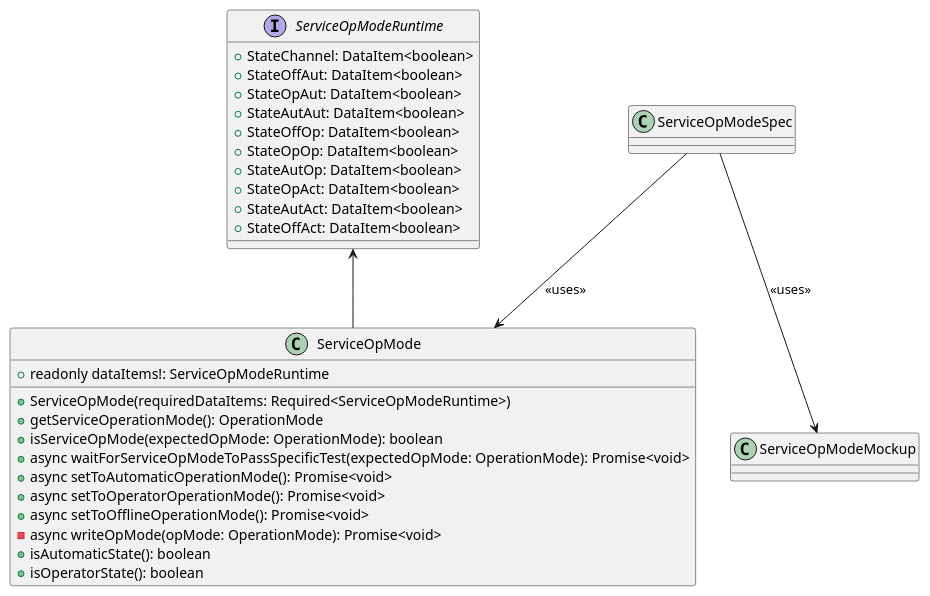
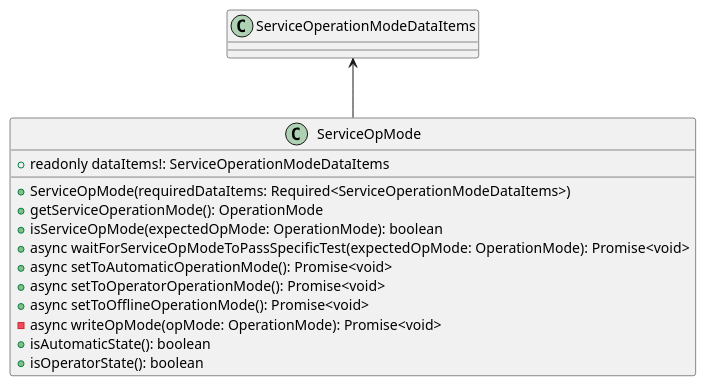
The diagram in src/modularPlantManager/pea/dataAssembly/baseFunction/serviceOpMode/ServiceOpMode.puml (p2o-lab/polaris-backend), drawn with PlantUML before and after one commit. The commit also changed 12 other files, not shown here.

```diff
--- a/src/modularPlantManager/pea/dataAssembly/baseFunction/serviceOpMode/ServiceOpMode.puml
+++ b/src/modularPlantManager/pea/dataAssembly/baseFunction/serviceOpMode/ServiceOpMode.puml
@@ -26,36 +26,21 @@
 @startuml
 'https://plantuml.com/class-diagram
 
-interface ServiceOpModeRuntime{
-	+ StateChannel: DataItem<boolean>
-	+ StateOffAut: DataItem<boolean>
-	+ StateOpAut: DataItem<boolean>
-	+ StateAutAut: DataItem<boolean>
-	+ StateOffOp: DataItem<boolean>
-	+ StateOpOp: DataItem<boolean>
-	+ StateAutOp: DataItem<boolean>
-	+ StateOpAct: DataItem<boolean>
-	+ StateAutAct: DataItem<boolean>
-	+ StateOffAct: DataItem<boolean>
-}
+class ServiceOpMode{
+    + readonly dataItems!: ServiceOperationModeDataItems
 
-class ServiceOpMode{
-    + readonly dataItems!: ServiceOpModeRuntime
-
-    + ServiceOpMode(requiredDataItems: Required<ServiceOpModeRuntime>)
+    + ServiceOpMode(requiredDataItems: Required<ServiceOperationModeDataItems>)
     + getServiceOperationMode(): OperationMode
     + isServiceOpMode(expectedOpMode: OperationMode): boolean
     + async waitForServiceOpModeToPassSpecificTest(expectedOpMode: OperationMode): Promise<void>
     + async setToAutomaticOperationMode(): Promise<void>
     + async setToOperatorOperationMode(): Promise<void>
     + async setToOfflineOperationMode(): Promise<void>
     - async writeOpMode(opMode: OperationMode): Promise<void>
     + isAutomaticState(): boolean
     + isOperatorState(): boolean
 }
 
-ServiceOpModeRuntime <-- ServiceOpMode
-ServiceOpModeSpec --> ServiceOpMode : <<uses>>
-ServiceOpModeSpec --> ServiceOpModeMockup : <<uses>>
+ServiceOperationModeDataItems <-- ServiceOpMode
 
 @enduml
```
